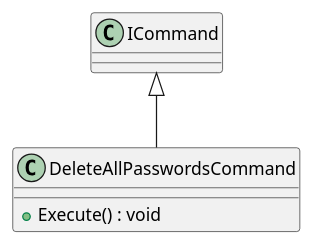
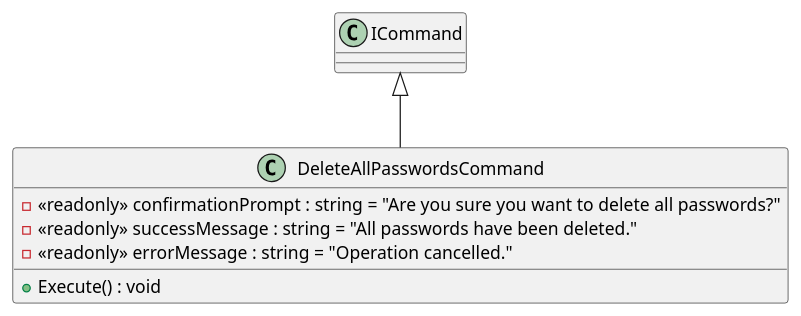
One commit to BeierKevin/KeyVaultCLI changed the diagram in uml/src/KeyVaultCli.Application/PasswordEntry/Commands/DeletePasswordEntry/DeleteAllPasswordsCommand.puml. Above: the diagram before and after it, drawn with PlantUML. The commit also changed 46 other files, not shown here.

Commit message:
regenerated uml diagrams

```diff
--- a/uml/src/KeyVaultCli.Application/PasswordEntry/Commands/DeletePasswordEntry/DeleteAllPasswordsCommand.puml
+++ b/uml/src/KeyVaultCli.Application/PasswordEntry/Commands/DeletePasswordEntry/DeleteAllPasswordsCommand.puml
@@ -1,6 +1,9 @@
 @startuml
 class DeleteAllPasswordsCommand {
+    - <<readonly>> confirmationPrompt : string = "Are you sure you want to delete all passwords?"
+    - <<readonly>> successMessage : string = "All passwords have been deleted."
+    - <<readonly>> errorMessage : string = "Operation cancelled."
     + Execute() : void
 }
 ICommand <|-- DeleteAllPasswordsCommand
 @enduml
```
